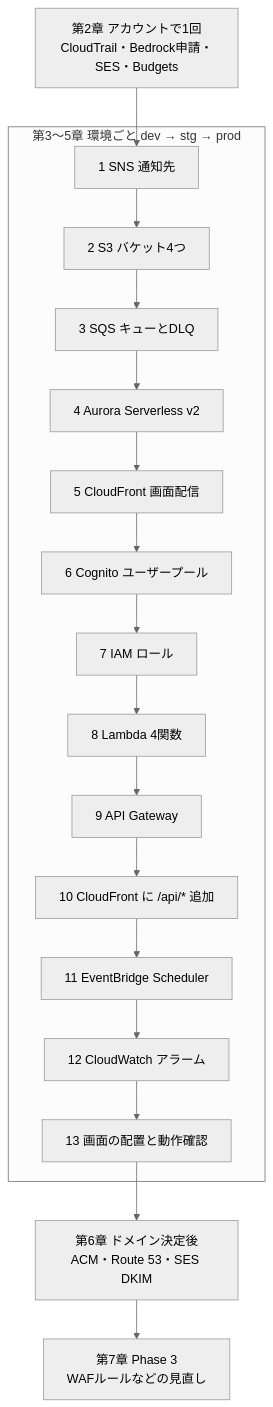
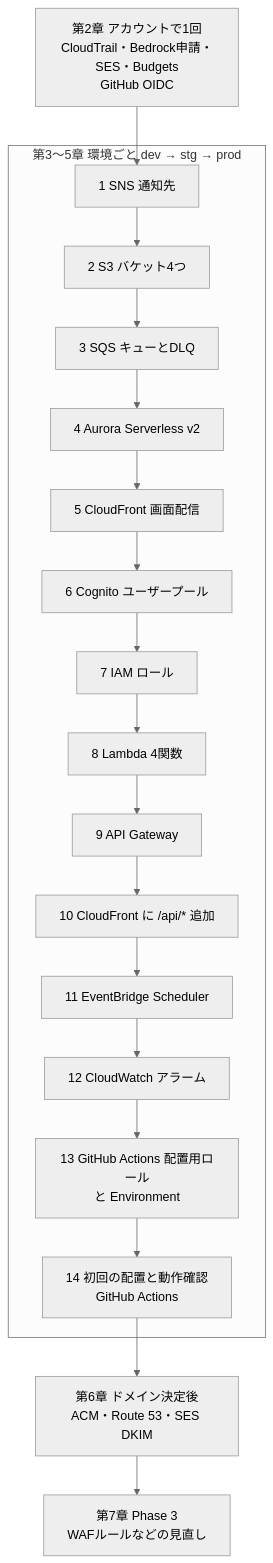
Before and after one commit to pocarialice/rpglearning: the diagram in documents/AWS構築手順書_RPG学習アプリ.md, drawn with Mermaid (neutral theme). The commit also changed other lines of this file and 9 other files, not shown here.

````diff
--- a/documents/AWS構築手順書_RPG学習アプリ.md
+++ b/documents/AWS構築手順書_RPG学習アプリ.md
@@ -46,20 +48,21 @@
 ```mermaid
 flowchart TD
-  C0["第2章 アカウントで1回<br>CloudTrail・Bedrock申請・SES・Budgets"] --> E1
+  C0["第2章 アカウントで1回<br>CloudTrail・Bedrock申請・SES・Budgets<br>GitHub OIDC"] --> E1
   subgraph ENV["第3〜5章 環境ごと dev → stg → prod"]
     E1["1 SNS 通知先"] --> E2["2 S3 バケット4つ"]
     E2 --> E3["3 SQS キューとDLQ"]
     E3 --> E4["4 Aurora Serverless v2"]
     E4 --> E5["5 CloudFront 画面配信"]
     E5 --> E6["6 Cognito ユーザープール"]
     E6 --> E7["7 IAM ロール"]
     E7 --> E8["8 Lambda 4関数"]
     E8 --> E9["9 API Gateway"]
     E9 --> E10["10 CloudFront に /api/* 追加"]
     E10 --> E11["11 EventBridge Scheduler"]
     E11 --> E12["12 CloudWatch アラーム"]
-    E12 --> E13["13 画面の配置と動作確認"]
+    E12 --> E13["13 GitHub Actions 配置用ロール<br>と Environment"]
+    E13 --> E14["14 初回の配置と動作確認<br>GitHub Actions"]
   end
-  E13 --> D6["第6章 ドメイン決定後<br>ACM・Route 53・SES DKIM"]
+  E14 --> D6["第6章 ドメイン決定後<br>ACM・Route 53・SES DKIM"]
   D6 --> W7["第7章 Phase 3<br>WAFルールなどの見直し"]
 ```
````
